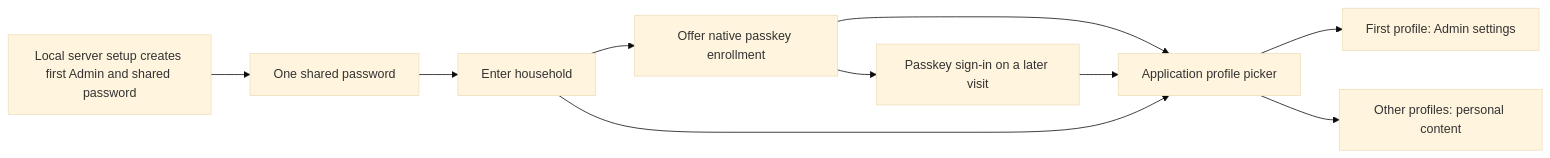
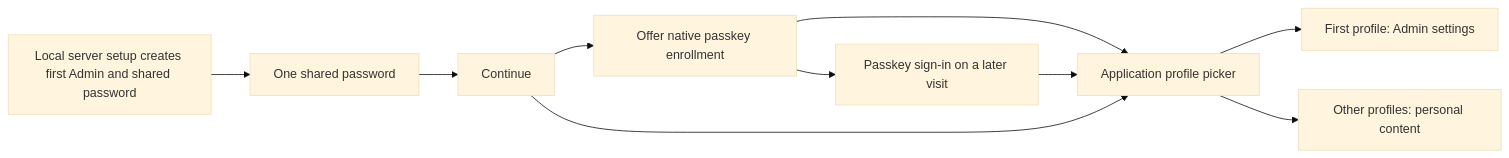
The third of 5 diagrams in README.md (affromero/sidedoor), drawn with Mermaid (base theme) before and after one commit. The commit also changed other lines of this file and 14 other files, not shown here.

````diff
--- a/README.md
+++ b/README.md
@@ -170,12 +170,12 @@
 ```mermaid
 flowchart LR
   Setup[Local server setup creates first Admin and shared password] --> Gate[One shared password]
-  Gate --> Entry[Enter household]
+  Gate --> Entry[Continue]
   Entry --> Save[Offer native passkey enrollment]
   Save --> Picker[Application profile picker]
   Entry --> Picker
   Save --> Later[Passkey sign-in on a later visit]
   Later --> Picker
   Picker --> Admin[First profile: Admin settings]
   Picker --> Member[Other profiles: personal content]
 ```
````
